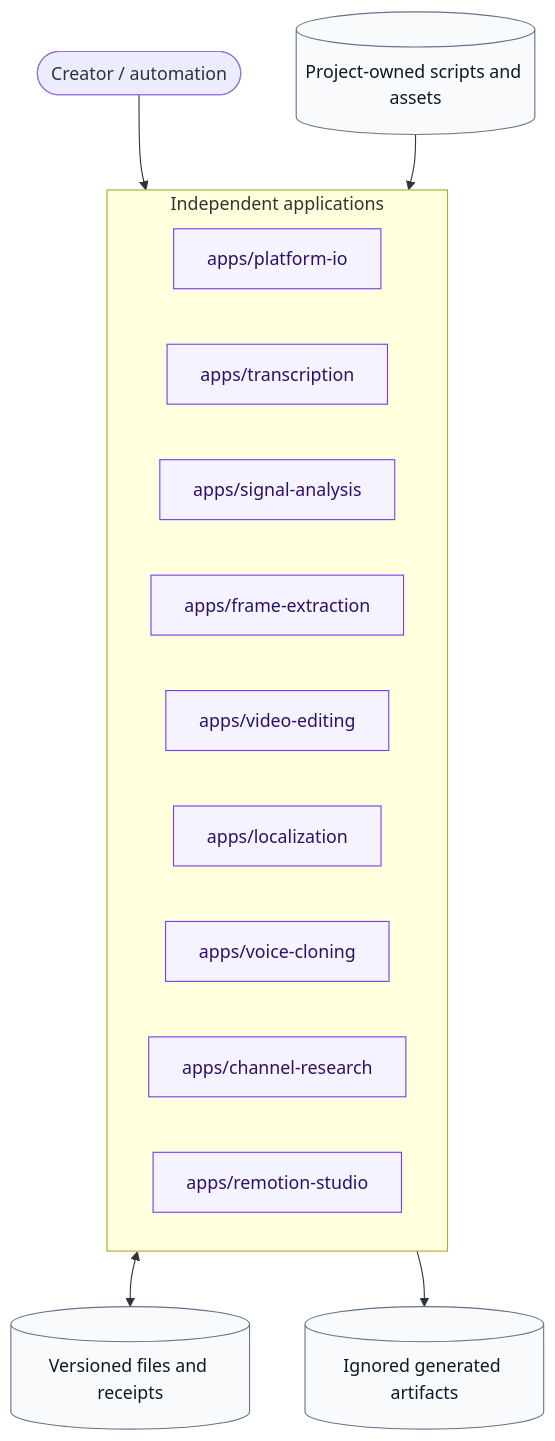
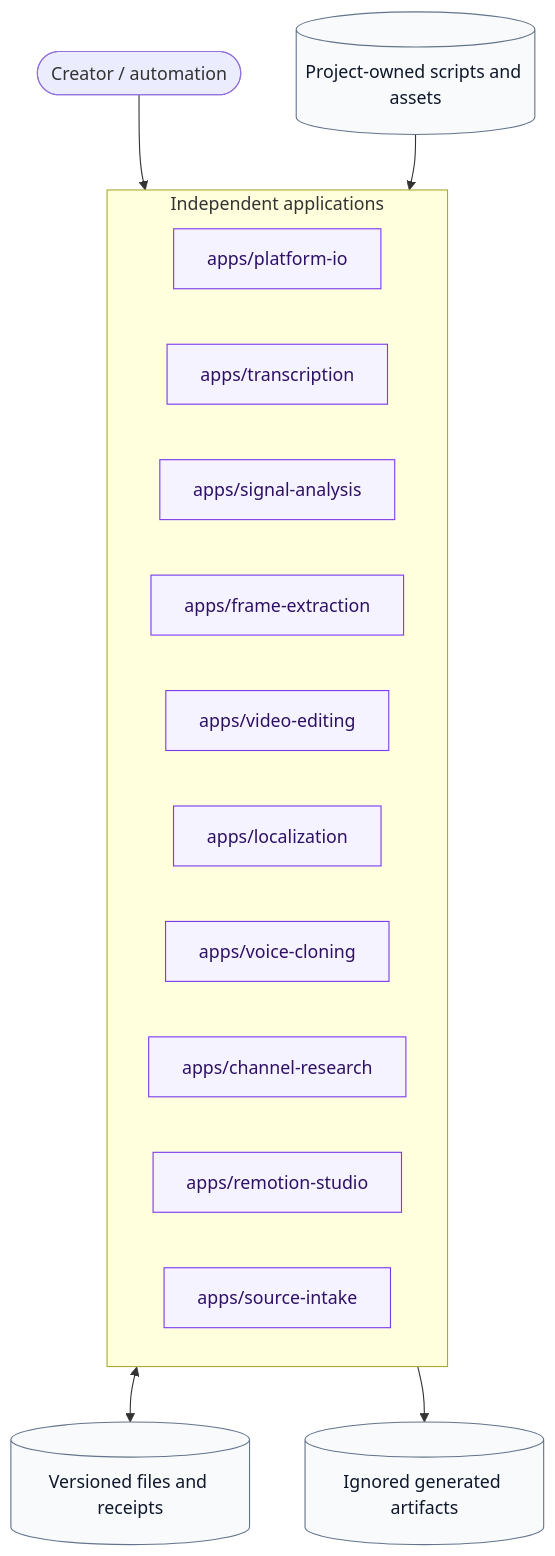
Before and after one commit to wohuishuo/cc-video-pipeline: the second of 2 diagrams in README.md, drawn with Mermaid. The commit also changed other lines of this file and 7 other files, not shown here.

Commit message:
docs(source-intake): record MVP boundary and evidence

````diff
--- a/README.md
+++ b/README.md
@@ -65,28 +67,29 @@
 ```mermaid
 flowchart TB
     user([Creator / automation])
     subgraph apps[Independent applications]
       A[apps/platform-io]
       B[apps/transcription]
       C[apps/signal-analysis]
       D[apps/frame-extraction]
       E[apps/video-editing]
       F[apps/localization]
       G[apps/voice-cloning]
       H[apps/channel-research]
       I[apps/remotion-studio]
+      J[apps/source-intake]
     end
     contracts[(Versioned files and receipts)]
     projects[(Project-owned scripts and assets)]
     outputs[(Ignored generated artifacts)]
 
     user --> apps
     apps <--> contracts
     projects --> apps
     apps --> outputs
 
     classDef boundary fill:#f5f3ff,stroke:#7c3aed,color:#2e1065;
     classDef data fill:#f8fafc,stroke:#64748b,color:#0f172a;
-    class A,B,C,D,E,F,G,H,I boundary;
+    class A,B,C,D,E,F,G,H,I,J boundary;
     class contracts,projects,outputs data;
 ```
````
